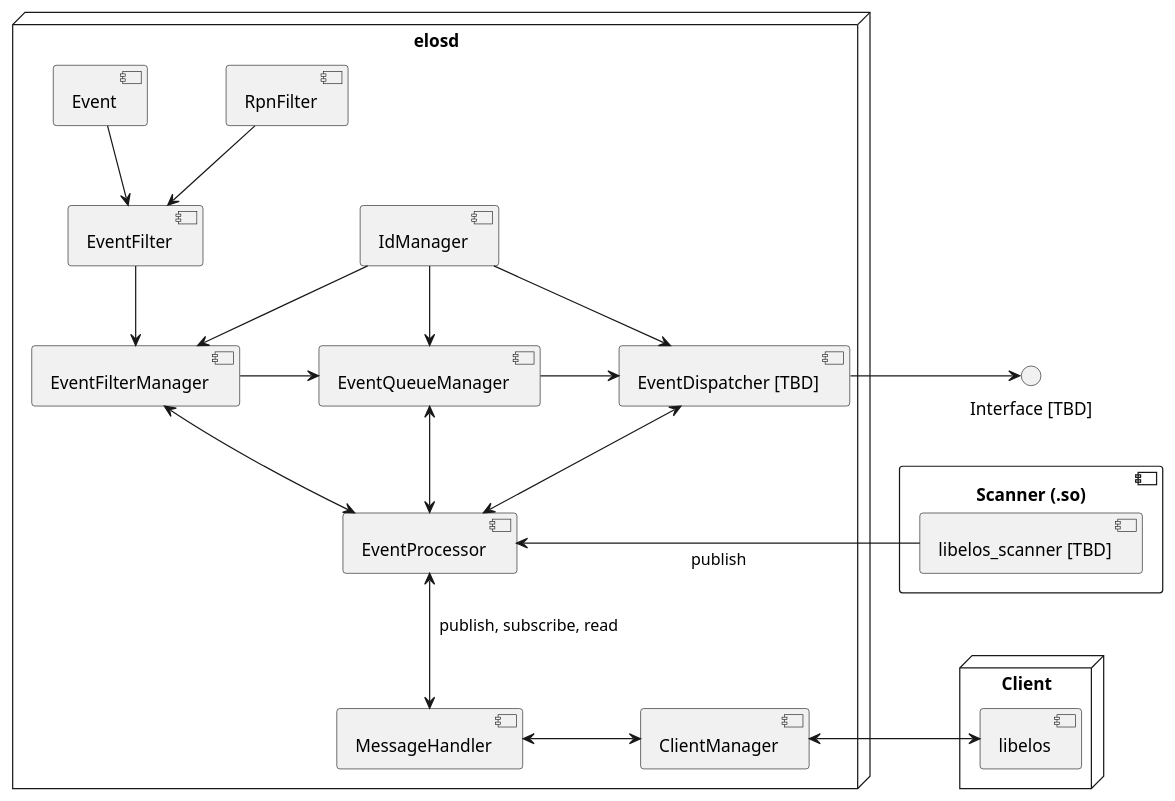
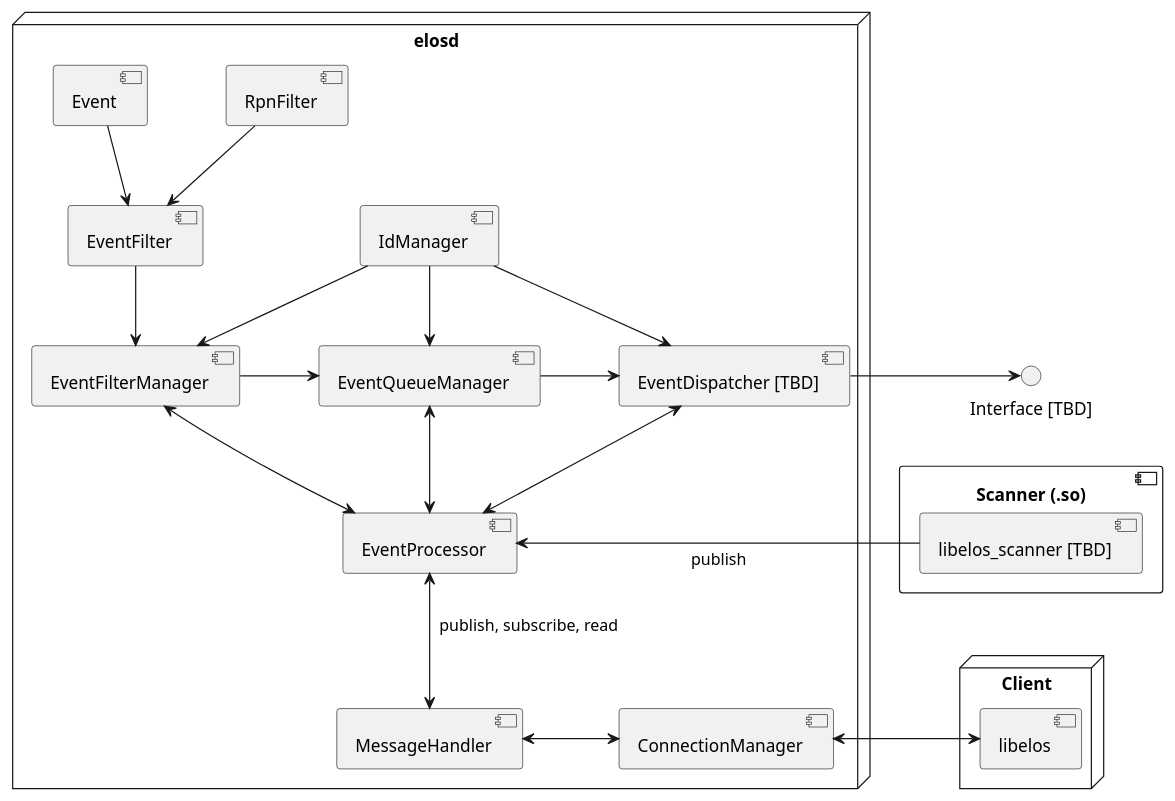
One commit to Elektrobit/elos changed the diagram in doc/images/eventprocessor_components.plantuml. Above: the diagram before and after it, drawn with PlantUML. The commit also changed 156 other files, not shown here.

Commit message:
client manager renamed to connection manager

```diff
--- a/doc/images/eventprocessor_components.plantuml
+++ b/doc/images/eventprocessor_components.plantuml
@@ -1,58 +1,58 @@
 @startuml
 skinparam Nodesep 64
 skinparam Ranksep 64
 
 node elosd {
 
   component Event
   component RpnFilter
   component EventFilter
   component IdManager
 
   component EventFilterManager
   component EventQueueManager
   component "EventDispatcher [TBD]" as EventDispatcher
   component EventProcessor
 
   component MessageHandler
-  component ClientManager
+  component ConnectionManager
 
   EventFilter <-up- Event
   EventFilter <-up- RpnFilter
   EventFilterManager <-up- EventFilter
   EventFilterManager <-up- IdManager
   EventFilterManager -right-> EventQueueManager
   EventQueueManager <-up- IdManager
   EventQueueManager -right-> EventDispatcher
   EventDispatcher <-up- IdManager
 
   EventProcessor <-up-> EventFilterManager
   EventProcessor <-up-> EventQueueManager
   EventProcessor <-up-> EventDispatcher
 
   EventProcessor -[hidden]- EventFilterManager
   MessageHandler -[hidden]up- EventFilterManager
   MessageHandler <-up-> EventProcessor : "  publish, subscribe, read"
-  ClientManager <-left-> MessageHandler
+  ConnectionManager <-left-> MessageHandler
 }
 
 component "Scanner (.so)" as Scanner {
   component "libelos_scanner [TBD]" as libelos_scanner
 }
 
 node "Client" as Client {
   component libelos
 }
 
 interface "Interface [TBD]" as Interface
 
 EventProcessor <-right- libelos_scanner : publish
-ClientManager <-left-> libelos
+ConnectionManager <-left-> libelos
 EventDispatcher -right-> Interface
 
 Interface -[hidden]down- libelos_scanner
 Interface -[hidden]down- libelos_scanner
 libelos -[hidden]up- libelos_scanner
 libelos -[hidden]up- libelos_scanner
 
 @enduml
```
